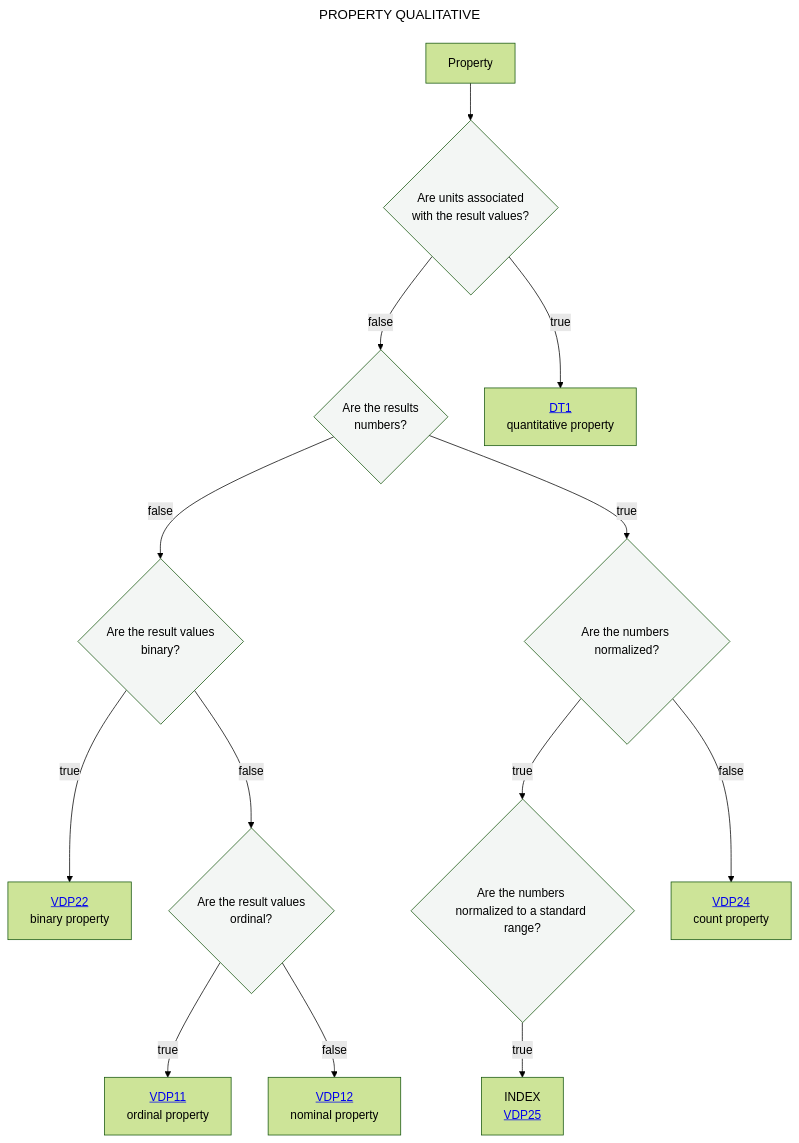
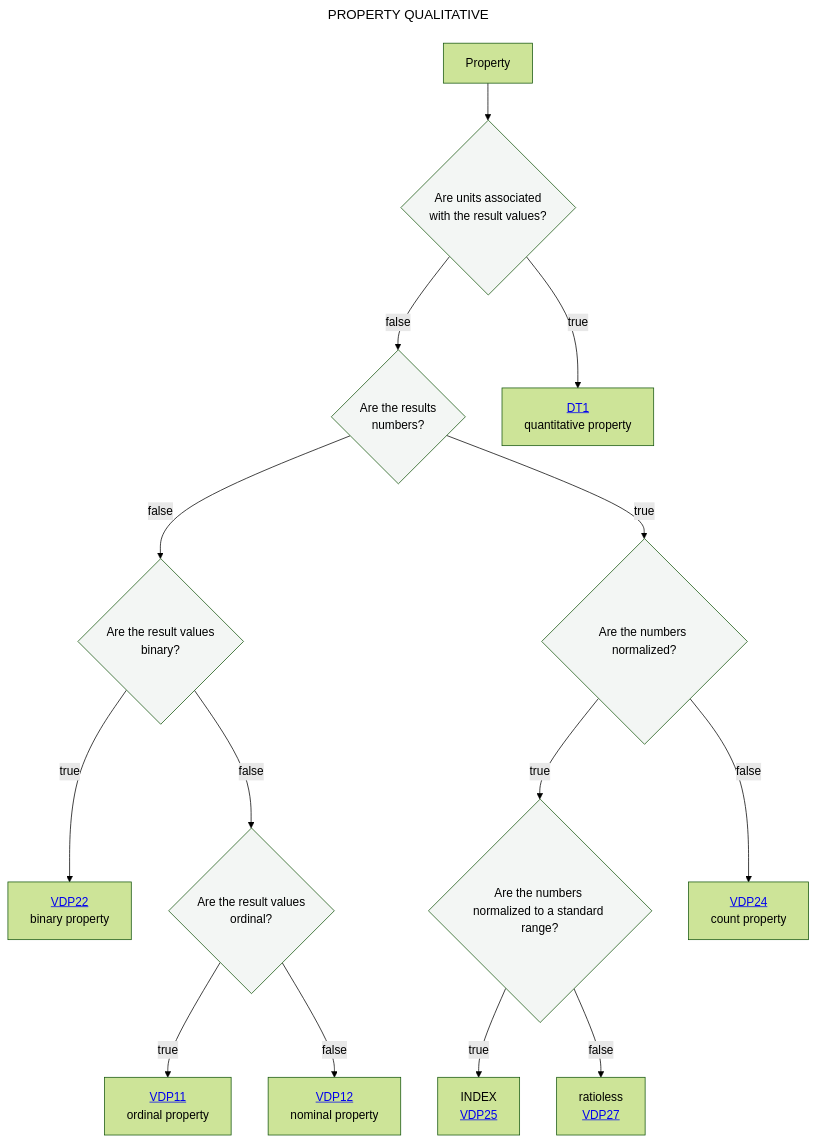
Before and after one commit to mabablue/I-ADOPT-patterns-playground: the diagram in Decisition_trees/DT0.mmd, drawn with Mermaid (forest theme).

```diff
--- a/Decisition_trees/DT0.mmd
+++ b/Decisition_trees/DT0.mmd
@@ -1,20 +1,21 @@
 ---
 title: PROPERTY QUALITATIVE
 ---
 flowchart TD
     A[Property] --> B{Are units associated <br> with the result values?}:::white
     B --> |false|C{Are the results <br> numbers?}:::white
     B --> |true|D[<a href='https://github.com/mabablue/I-ADOPT-patterns-playground/blob/main/Decisition_trees/DT1.mmd'>DT1</a><br> quantitative property] 
     C --> |false|E{Are the result values <br> binary?}:::white
     C --> |true|H{Are the numbers normalized?}:::white
     H --> |true|HI{Are the numbers normalized to a standard range?}:::white
     HI --> |true|HJ[INDEX <br> <a href='https://github.com/mabablue/I-ADOPT-patterns-playground/blob/main/pattern/VDP25.yaml'>VDP25</a>]
+    HI --> |false|HL[ratioless <br> <a href='https://github.com/mabablue/I-ADOPT-patterns-playground/blob/main/pattern/VDP25.yaml'>VDP27</a>]
     H --> |false|HK[<a href='https://github.com/mabablue/I-ADOPT-patterns-playground/blob/main/pattern/VDP24.yaml'>VDP24</a><br> count property] 
     E --> |true|F[<a href='https://github.com/mabablue/I-ADOPT-patterns-playground/blob/main/pattern/VDP22.yaml'>VDP22</a><br> binary property] 
     E --> |false|I{Are the result values <br> ordinal?}:::white
     I --> |true|J[<a href='https://github.com/mabablue/I-ADOPT-patterns-playground/blob/main/pattern/VDP11.yaml'>VDP11</a><br> ordinal property] 
     I --> |false|K[<a href='https://github.com/mabablue/I-ADOPT-patterns-playground/blob/main/pattern/VDP12.yaml'>VDP12</a><br> nominal property] 
    classDef blue fill:#90D5FF
    classDef satblue fill:#57B9FF 
    classDef white fill:#f3f6f4
    classDef green fill:#6aa84f
```
